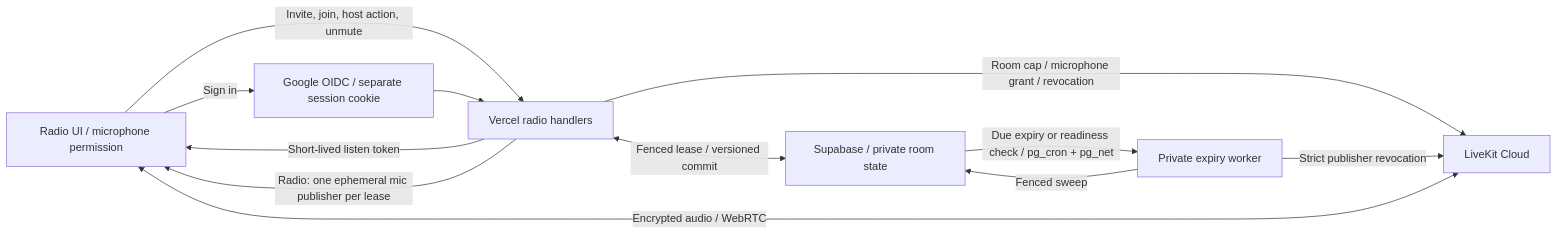
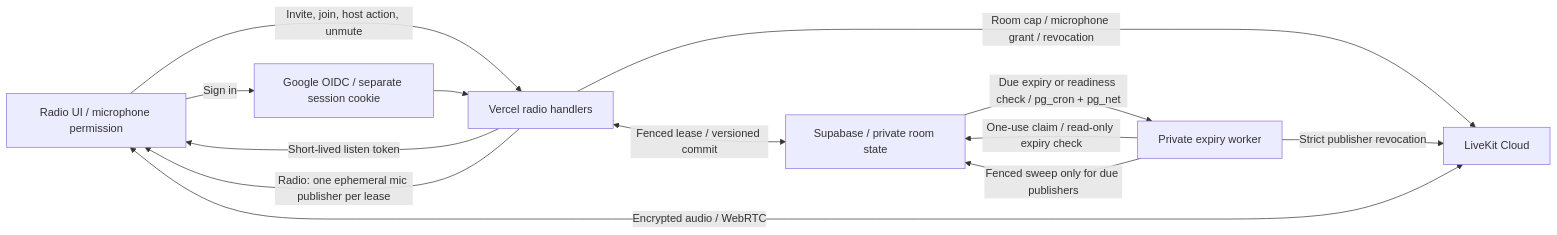
One commit to suvrotica/suvroghosh-in changed diagram 52 of 52 in docs/architecture/ARCHITECTURE.md. Above: the diagram before and after it, drawn with Mermaid. The commit also changed other lines of this file and 11 other files, not shown here.

````diff
--- a/docs/architecture/ARCHITECTURE.md
+++ b/docs/architecture/ARCHITECTURE.md
@@ -3141,14 +3143,15 @@
 ```mermaid
 flowchart LR
     Browser["Radio UI / microphone permission"] -->|"Sign in"| OIDC["Google OIDC / separate session cookie"]
     Browser -->|"Invite, join, host action, unmute"| Radio["Vercel radio handlers"]
     OIDC --> Radio
     Radio <-->|"Fenced lease / versioned commit"| State["Supabase / private room state"]
     Radio -->|"Room cap / microphone grant / revocation"| SFU["LiveKit Cloud"]
     Radio -->|"Short-lived listen token"| Browser
     Radio -->|"Radio: one ephemeral mic publisher per lease"| Browser
     State -->|"Due expiry or readiness check / pg_cron + pg_net"| Watchdog["Private expiry worker"]
-    Watchdog -->|"Fenced sweep"| State
+    Watchdog -->|"One-use claim / read-only expiry check"| State
+    Watchdog -->|"Fenced sweep only for due publishers"| State
     Watchdog -->|"Strict publisher revocation"| SFU
     Browser <-->|"Encrypted audio / WebRTC"| SFU
 ```
````
